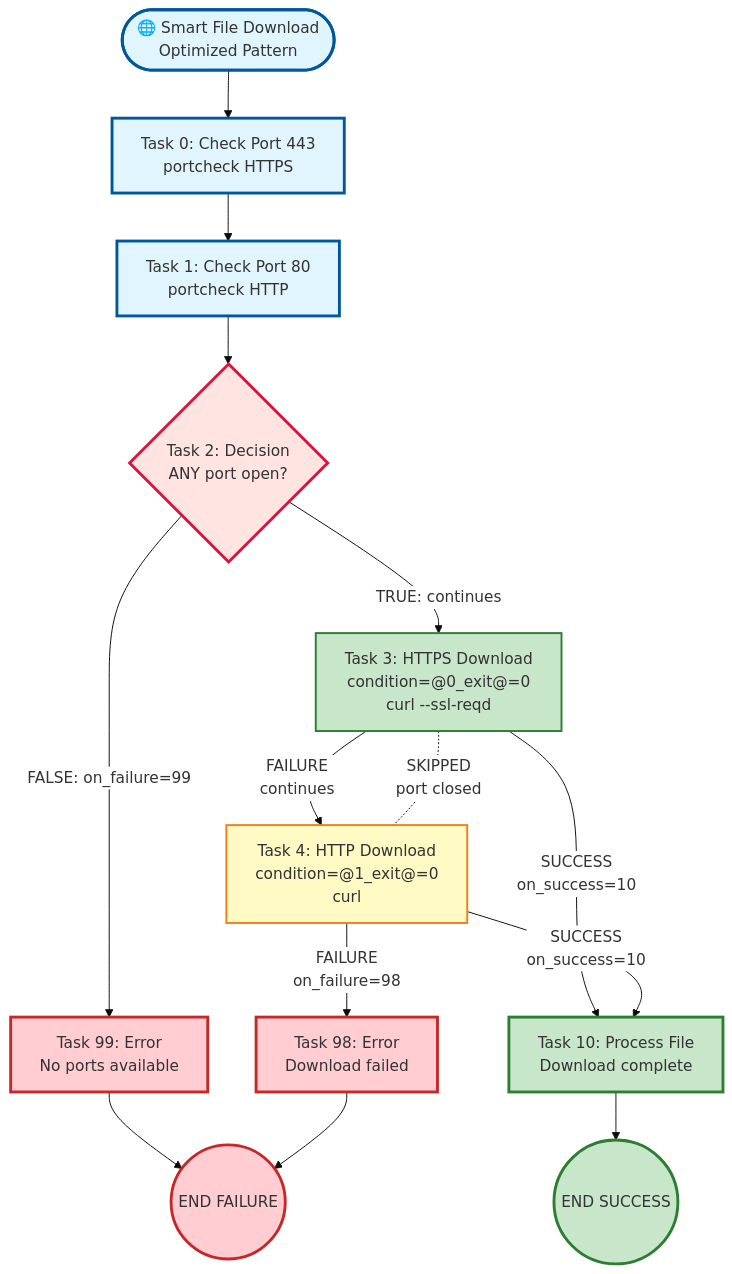
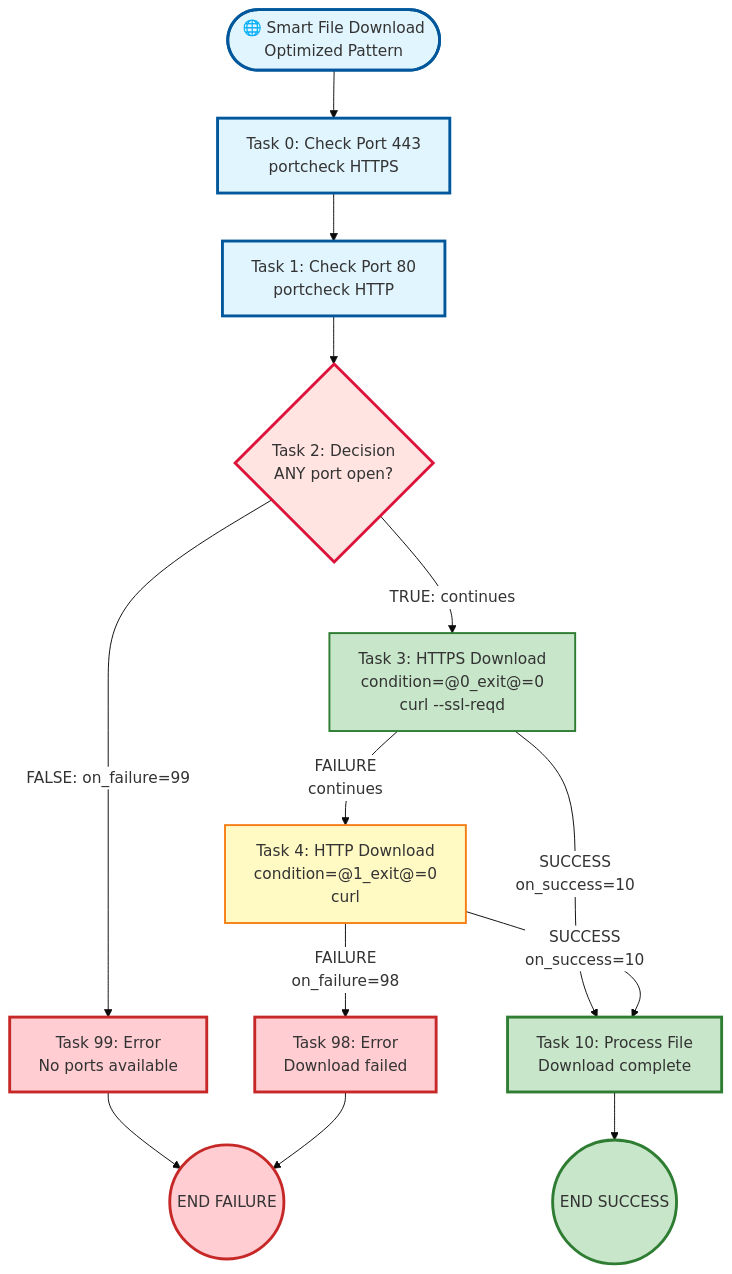
One commit to bastelbude1/Tasker changed the fourth of 4 diagrams in README.md. Above: the diagram before and after it, drawn with Mermaid.

Commit message:
docs: Remove redundant SKIPPED arrow in Smart File Download diagram
Removed redundant "SKIPPED port closed" arrow from Task 3 to Task 4
in the Smart File Download flowchart. The "FAILURE continues" arrow
is sufficient to show the flow when Task 3 fails.

The diagram now clearly shows:
- Task 3 SUCCESS → Task 10 (on_success)
- Task 3 FAILURE → Task 4 (continues)

This simplifies the diagram while maintaining accuracy.

🤖 Generated with [Claude Code](https://claude.com/claude-code)

````diff
--- a/README.md
+++ b/README.md
@@ -4007,34 +4007,33 @@
 ```mermaid
 %%{init: {'theme':'base', 'themeVariables': {'primaryColor':'#ffffff'}}}%%
 flowchart TD
     Start([🌐 Smart File Download<br/>Optimized Pattern]) --> T0[Task 0: Check Port 443<br/>portcheck HTTPS]
     T0 --> T1[Task 1: Check Port 80<br/>portcheck HTTP]
 
     T1 --> D2{Task 2: Decision<br/>ANY port open?}
 
     D2 -->|FALSE: on_failure=99| Failed[Task 99: Error<br/>No ports available]
     D2 -->|TRUE: continues| T3[Task 3: HTTPS Download<br/>condition=@0_exit@=0<br/>curl --ssl-reqd]
 
     T3 -->|SUCCESS<br/>on_success=10| Success[Task 10: Process File<br/>Download complete]
     T3 -->|FAILURE<br/>continues| T4[Task 4: HTTP Download<br/>condition=@1_exit@=0<br/>curl]
-    T3 -.-|SKIPPED<br/>port closed| T4
 
     T4 -->|SUCCESS<br/>on_success=10| Success
     T4 -->|FAILURE<br/>on_failure=98| Failed2[Task 98: Error<br/>Download failed]
 
     Success --> Complete((END SUCCESS))
     Failed --> Stop((END FAILURE))
     Failed2 --> Stop
 
     style Start fill:#e1f5fe,stroke:#01579b,stroke-width:3px
     style T0 fill:#e1f5fe,stroke:#01579b,stroke-width:3px
     style T1 fill:#e1f5fe,stroke:#01579b,stroke-width:3px
     style T3 fill:#c8e6c9,stroke:#2e7d32,stroke-width:2px
     style T4 fill:#fff9c4,stroke:#f57f17,stroke-width:2px
     style D2 fill:#FFE4E1,stroke:#DC143C,stroke-width:3px
     style Success fill:#c8e6c9,stroke:#2e7d32,stroke-width:3px
     style Failed fill:#ffcdd2,stroke:#c62828,stroke-width:3px
     style Failed2 fill:#ffcdd2,stroke:#c62828,stroke-width:3px
     style Complete fill:#c8e6c9,stroke:#2e7d32,stroke-width:3px
     style Stop fill:#ffcdd2,stroke:#c62828,stroke-width:3px
 ```
````
